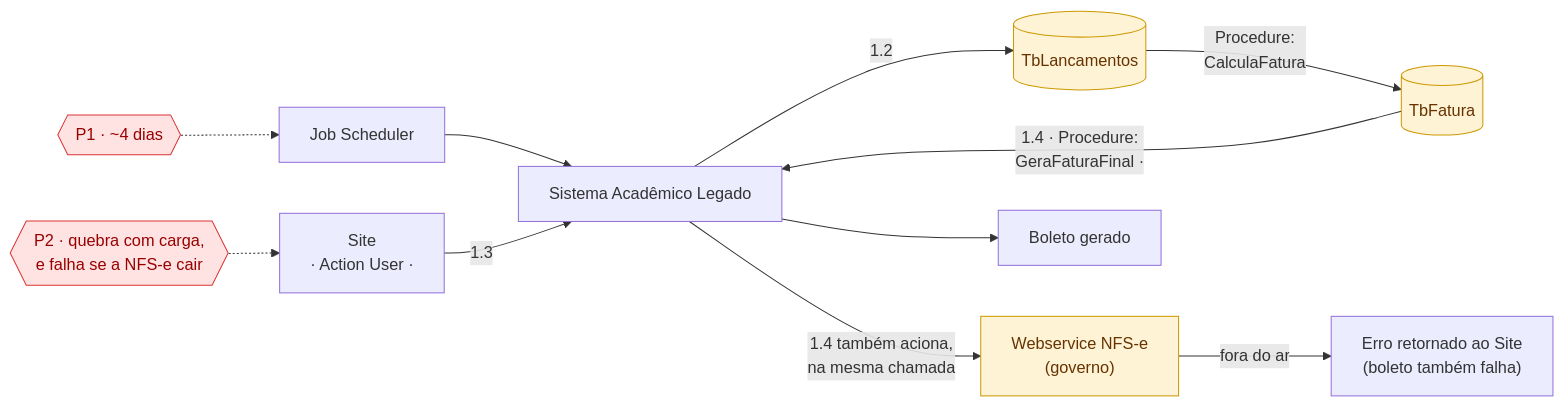
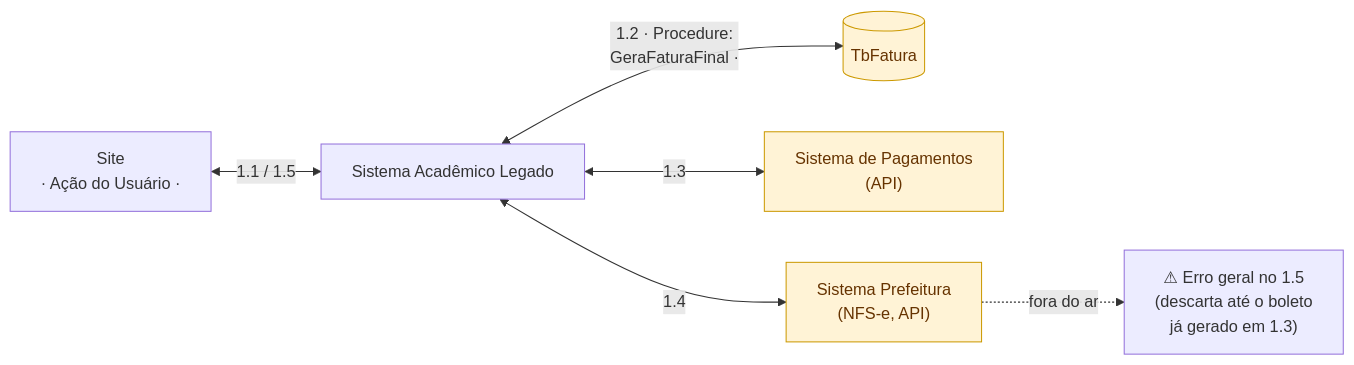
The second of 2 diagrams in diagramas/01-arquitetura-atual.md (lealnetosena/colegio-leal), drawn with Mermaid before and after one commit. The commit also changed other lines of this file, not shown here.

First line of the commit message:
docs: porta o drawio real (nomes, 2 fluxos, erro geral no 1.5) para o markdown

````diff
--- a/diagramas/01-arquitetura-atual.md
+++ b/diagramas/01-arquitetura-atual.md
@@ -8,21 +21,11 @@
 ```mermaid
 flowchart LR
-    JOB["Job Scheduler"] --> LEG["Sistema Acadêmico Legado"]
-    SITE["Site<br/>· Action User ·"] -->|"1.3"| LEG
-    LEG -->|"1.2"| TBL[("TbLancamentos")]
-    TBL -->|"Procedure:<br/>CalculaFatura"| TBF[("TbFatura")]
-    TBF -->|"1.4 · Procedure:<br/>GeraFaturaFinal ·"| LEG
-    LEG -->|"1.4 também aciona,<br/>na mesma chamada"| NFE["Webservice NFS-e<br/>(governo)"]
-    NFE -->|"fora do ar"| ERRO["Erro retornado ao Site<br/>(boleto também falha)"]
-    LEG --> BOL["Boleto gerado"]
+    SITE["Site<br/>· Ação do Usuário ·"] <-->|"1.1 / 1.5"| LEG["Sistema Acadêmico Legado"]
+    LEG <-->|"1.2 · Procedure:<br/>GeraFaturaFinal ·"| TBF[("TbFatura")]
+    LEG <-->|"1.3"| PAG["Sistema de Pagamentos<br/>(API)"]
+    LEG <-->|"1.4"| PREF["Sistema Prefeitura<br/>(NFS-e, API)"]
+    PREF -.->|"fora do ar"| ERRO["⚠ Erro geral no 1.5<br/>(descarta até o boleto<br/>já gerado em 1.3)"]
 
-    P1{{"P1 · ~4 dias"}}
-    P2{{"P2 · quebra com carga,<br/>e falha se a NFS-e cair"}}
-    P1 -.-> JOB
-    P2 -.-> SITE
-
-    classDef prob fill:#ffe3e3,stroke:#d33,color:#900
-    class P1,P2 prob
     classDef bad fill:#fff3d6,stroke:#c90,color:#630
-    class TBL,TBF,NFE bad
+    class TBF,PAG,PREF bad
 ```
````
